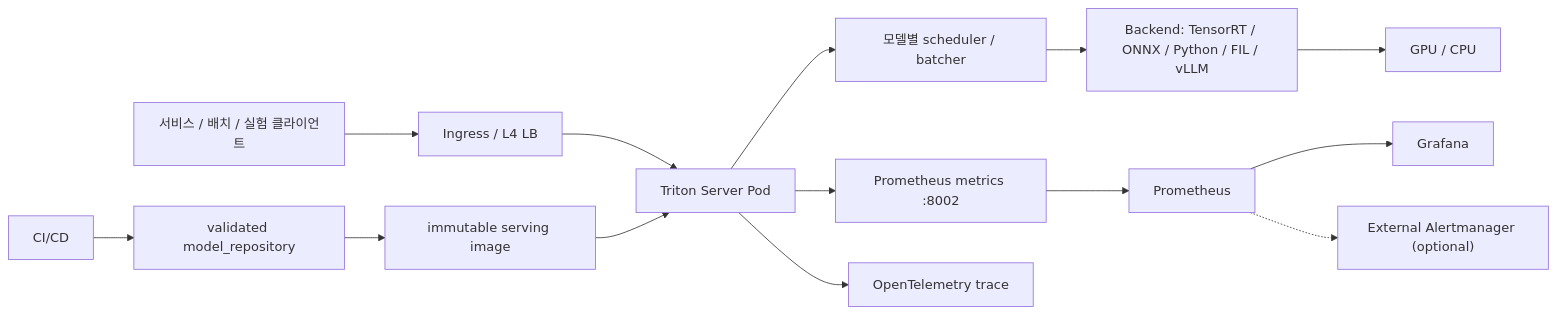
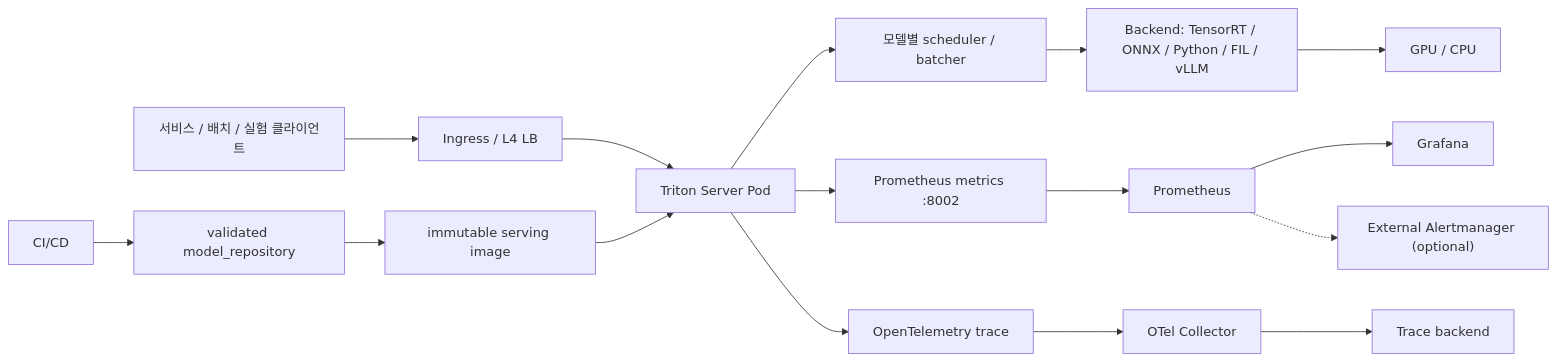
Before and after one commit to jaejungscene/triton-infer-server-handbook: the diagram in docs/architecture.md, drawn with Mermaid. The commit also changed other lines of this file and 6 other files, not shown here.

````diff
--- a/docs/architecture.md
+++ b/docs/architecture.md
@@ -9,16 +9,18 @@
 ```mermaid
 flowchart LR
     client["서비스 / 배치 / 실험 클라이언트"] --> ingress["Ingress / L4 LB"]
     ingress --> triton["Triton Server Pod"]
     triton --> scheduler["모델별 scheduler / batcher"]
     scheduler --> backend["Backend: TensorRT / ONNX / Python / FIL / vLLM"]
     backend --> gpu["GPU / CPU"]
     triton --> metrics["Prometheus metrics :8002"]
     triton --> trace["OpenTelemetry trace"]
     ci["CI/CD"] --> repo["validated model_repository"]
     repo --> image["immutable serving image"]
     image --> triton
     metrics --> prometheus["Prometheus"]
     prometheus --> grafana["Grafana"]
     prometheus -.-> alertmanager["External Alertmanager (optional)"]
+    trace --> collector["OTel Collector"]
+    collector --> trace_backend["Trace backend"]
 ```
````
